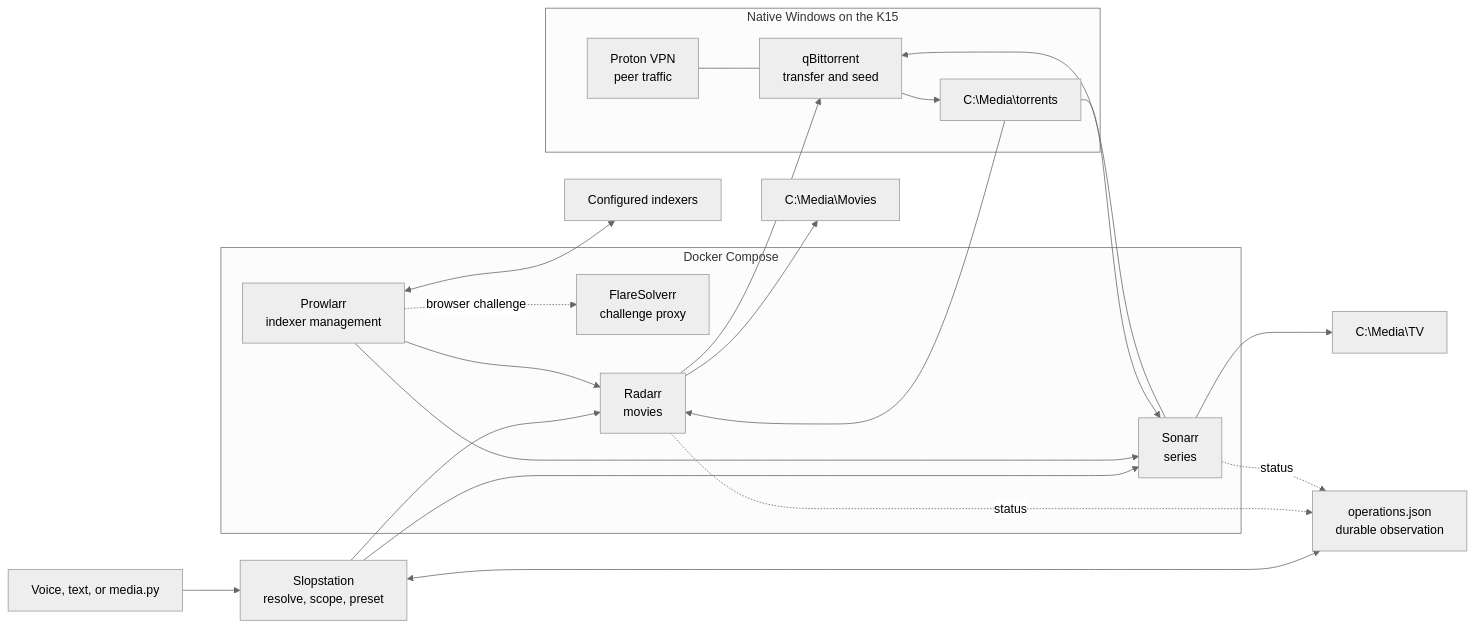
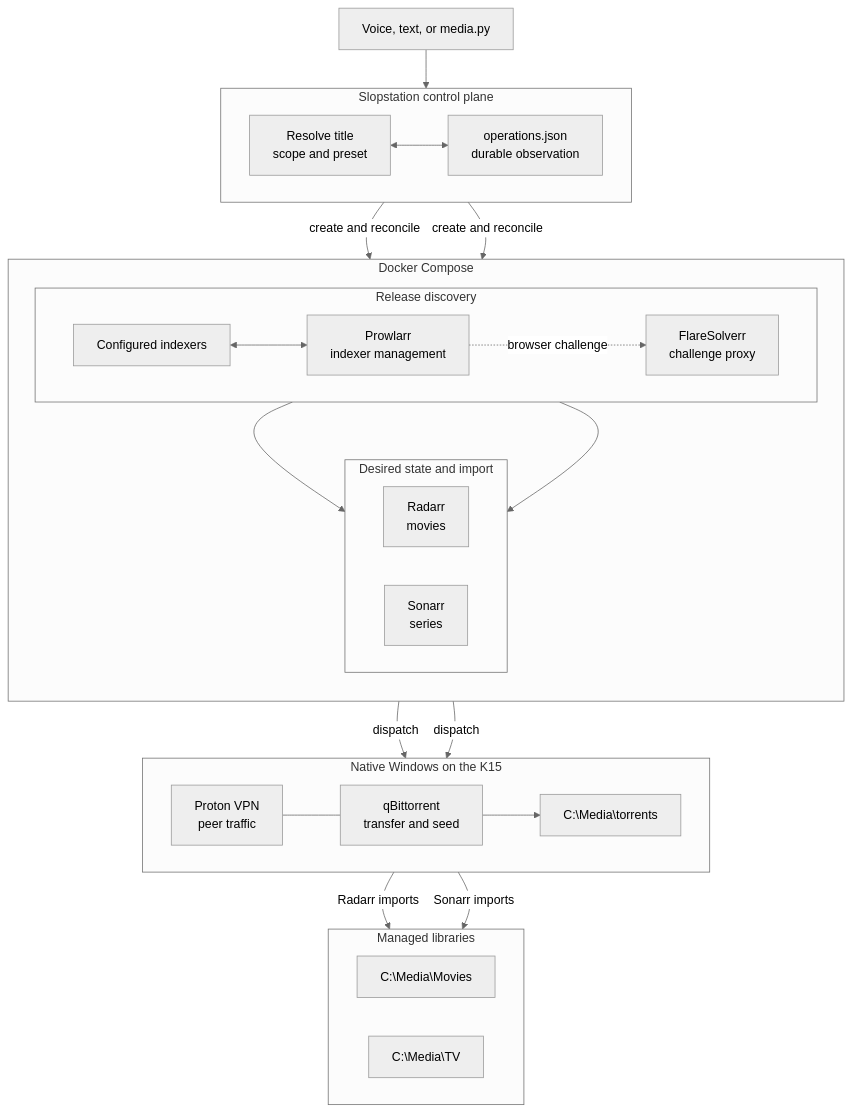
The diagram in k15/media/README.md (trillville/slopstation), drawn with Mermaid (neutral theme) before and after one commit.

Commit message:
docs: simplify media architecture diagram

````diff
--- a/k15/media/README.md
+++ b/k15/media/README.md
@@ -9,40 +9,50 @@
 ```mermaid
-flowchart LR
+flowchart TB
     request[Voice, text, or media.py]
-    slop[Slopstation<br/>resolve, scope, preset]
-    ops[operations.json<br/>durable observation]
+
+    subgraph control[Slopstation control plane]
+        direction LR
+        slop[Resolve title<br/>scope and preset]
+        ops[operations.json<br/>durable observation]
+        slop <--> ops
+    end
 
     subgraph docker[Docker Compose]
-        prowlarr[Prowlarr<br/>indexer management]
-        flaresolverr[FlareSolverr<br/>challenge proxy]
-        radarr[Radarr<br/>movies]
-        sonarr[Sonarr<br/>series]
+        direction TB
+
+        subgraph discovery[Release discovery]
+            direction LR
+            indexers[Configured indexers] <--> prowlarr[Prowlarr<br/>indexer management]
+            prowlarr -. browser challenge .-> flaresolverr[FlareSolverr<br/>challenge proxy]
+        end
+
+        subgraph managers[Desired state and import]
+            direction LR
+            radarr[Radarr<br/>movies]
+            sonarr[Sonarr<br/>series]
+        end
+
+        prowlarr --> radarr
+        prowlarr --> sonarr
     end
 
     subgraph windows[Native Windows on the K15]
-        qbit[qBittorrent<br/>transfer and seed]
-        proton[Proton VPN<br/>peer traffic]
-        torrents[C:\Media\torrents]
+        direction LR
+        proton[Proton VPN<br/>peer traffic] --- qbit[qBittorrent<br/>transfer and seed]
+        qbit --> torrents[C:\Media\torrents]
     end
 
-    movies[C:\Media\Movies]
-    tv[C:\Media\TV]
-    indexers[Configured indexers]
+    subgraph libraries[Managed libraries]
+        direction LR
+        movies[C:\Media\Movies]
+        tv[C:\Media\TV]
+    end
 
     request --> slop
-    slop --> radarr
-    slop --> sonarr
-    slop <--> ops
-    prowlarr <--> indexers
-    prowlarr -. browser challenge .-> flaresolverr
-    prowlarr --> radarr
-    prowlarr --> sonarr
-    radarr --> qbit
-    sonarr --> qbit
-    proton --- qbit
-    qbit --> torrents
-    torrents --> radarr --> movies
-    torrents --> sonarr --> tv
-    radarr -. status .-> ops
-    sonarr -. status .-> ops
+    slop -->|create and reconcile| radarr
+    slop -->|create and reconcile| sonarr
+    radarr -->|dispatch| qbit
+    sonarr -->|dispatch| qbit
+    torrents -->|Radarr imports| movies
+    torrents -->|Sonarr imports| tv
 ```
````
